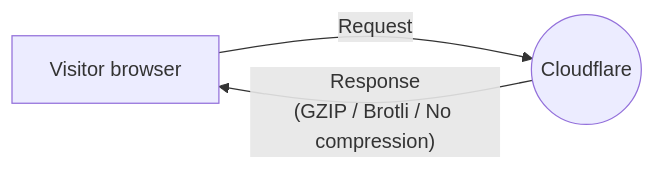
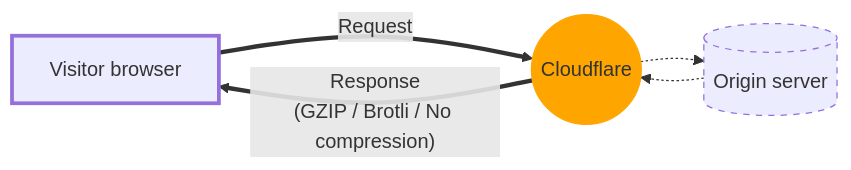
One commit to cloudflare/cloudflare-docs changed the first of 2 diagrams in content/support/Speed/Optimization - File Size/What will Cloudflare compress.md. Above: the diagram before and after it, drawn with Mermaid. The commit also changed other lines of this file, not shown here.

Commit message:
Review mermaid flowcharts

````diff
--- a/content/support/Speed/Optimization - File Size/What will Cloudflare compress.md
+++ b/content/support/Speed/Optimization - File Size/What will Cloudflare compress.md
@@ -15,7 +15,16 @@
 ```mermaid
 flowchart LR
-        accTitle: Compressed responses sent to website visitor
-        accDescr: Cloudflare can send responses to visitors using GZIP compression, Brotli compression, or no compression.
-        A[Visitor browser]--Request-->B((Cloudflare))
-        B--"Response<br>(GZIP / Brotli / No compression)"-->A
+accTitle: Compressed responses sent to website visitor
+accDescr: Cloudflare can send responses to visitors using GZIP compression, Brotli compression, or no compression.
+
+A[Visitor browser]
+B((Cloudflare))
+C[(Origin server)]
+
+A == "Request" ==> B -.-> C
+C -.-> B == "Response<br>(GZIP / Brotli / No compression)" ==> A
+
+style A stroke-width: 3px
+style B stroke: orange,fill: orange
+style C stroke-dasharray: 5 5
 ```
````
